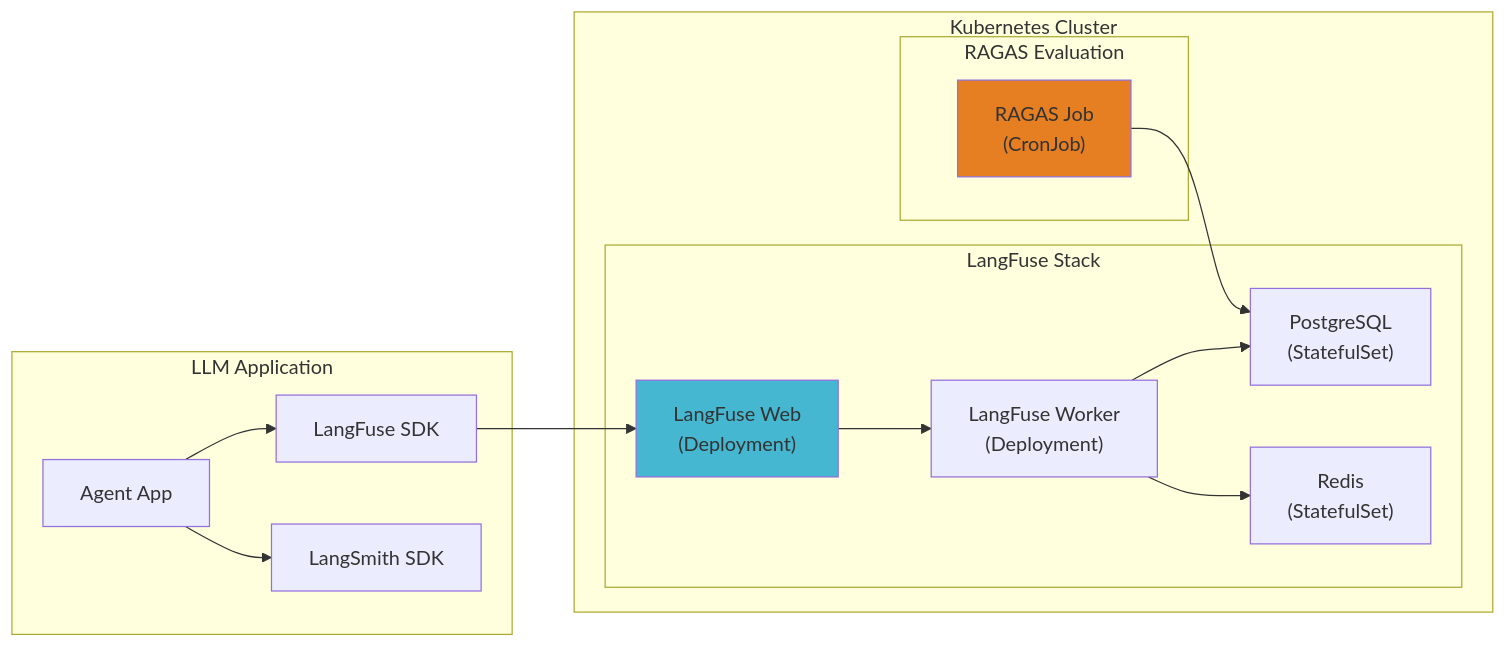
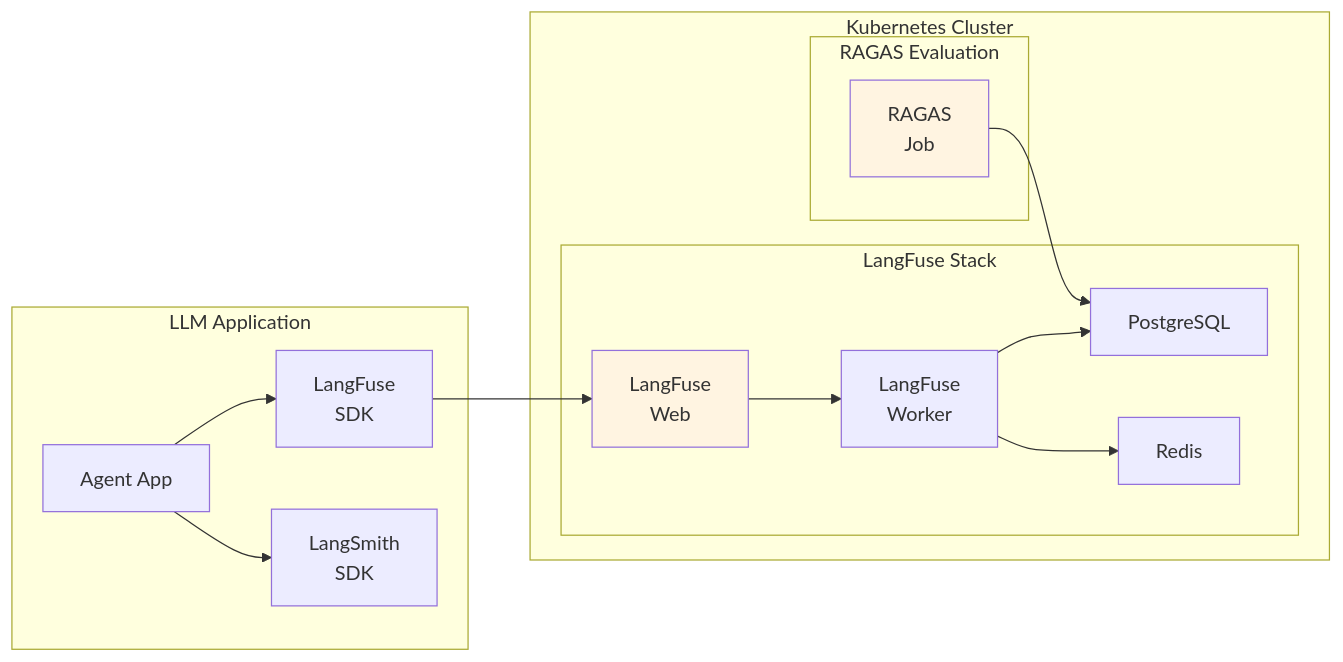
Diagram 11 of 16 in docs/agentic-ai-platform/design-architecture/agentic-ai-challenges.md (devfloor9/engineering-playbook), drawn with Mermaid before and after one commit. The commit also changed other lines of this file and 24 other files, not shown here.

````diff
--- a/docs/agentic-ai-platform/design-architecture/agentic-ai-challenges.md
+++ b/docs/agentic-ai-platform/design-architecture/agentic-ai-challenges.md
@@ -510,30 +531,32 @@
 ```mermaid
-graph LR
-    subgraph "LLM Application"
+flowchart LR
+    subgraph Application["LLM Application"]
         APP["Agent App"]
-        SDK1["LangFuse SDK"]
-        SDK2["LangSmith SDK"]
+        SDK1["LangFuse<br/>SDK"]
+        SDK2["LangSmith<br/>SDK"]
     end
 
-    subgraph "Kubernetes Cluster"
-        subgraph "LangFuse Stack"
-            LF_WEB["LangFuse Web<br/>(Deployment)"]
-            LF_WORKER["LangFuse Worker<br/>(Deployment)"]
-            LF_DB["PostgreSQL<br/>(StatefulSet)"]
-            LF_REDIS["Redis<br/>(StatefulSet)"]
+    subgraph K8s["Kubernetes Cluster"]
+        subgraph LFStack["LangFuse Stack"]
+            LF_WEB["LangFuse<br/>Web"]
+            LF_WORKER["LangFuse<br/>Worker"]
+            LF_DB["PostgreSQL"]
+            LF_REDIS["Redis"]
         end
 
-        subgraph "RAGAS Evaluation"
-            RAGAS_JOB["RAGAS Job<br/>(CronJob)"]
+        subgraph Evaluation["RAGAS Evaluation"]
+            RAGAS_JOB["RAGAS<br/>Job"]
         end
     end
 
-    APP --> SDK1 --> LF_WEB
+    APP --> SDK1
+    SDK1 --> LF_WEB
     APP --> SDK2
-    LF_WEB --> LF_WORKER --> LF_DB
+    LF_WEB --> LF_WORKER
+    LF_WORKER --> LF_DB
     LF_WORKER --> LF_REDIS
     RAGAS_JOB --> LF_DB
 
-    style LF_WEB fill:#45b7d1
-    style RAGAS_JOB fill:#e67e22
+    style LF_WEB fill:#fff4e1
+    style RAGAS_JOB fill:#fff4e1
 ```
````
